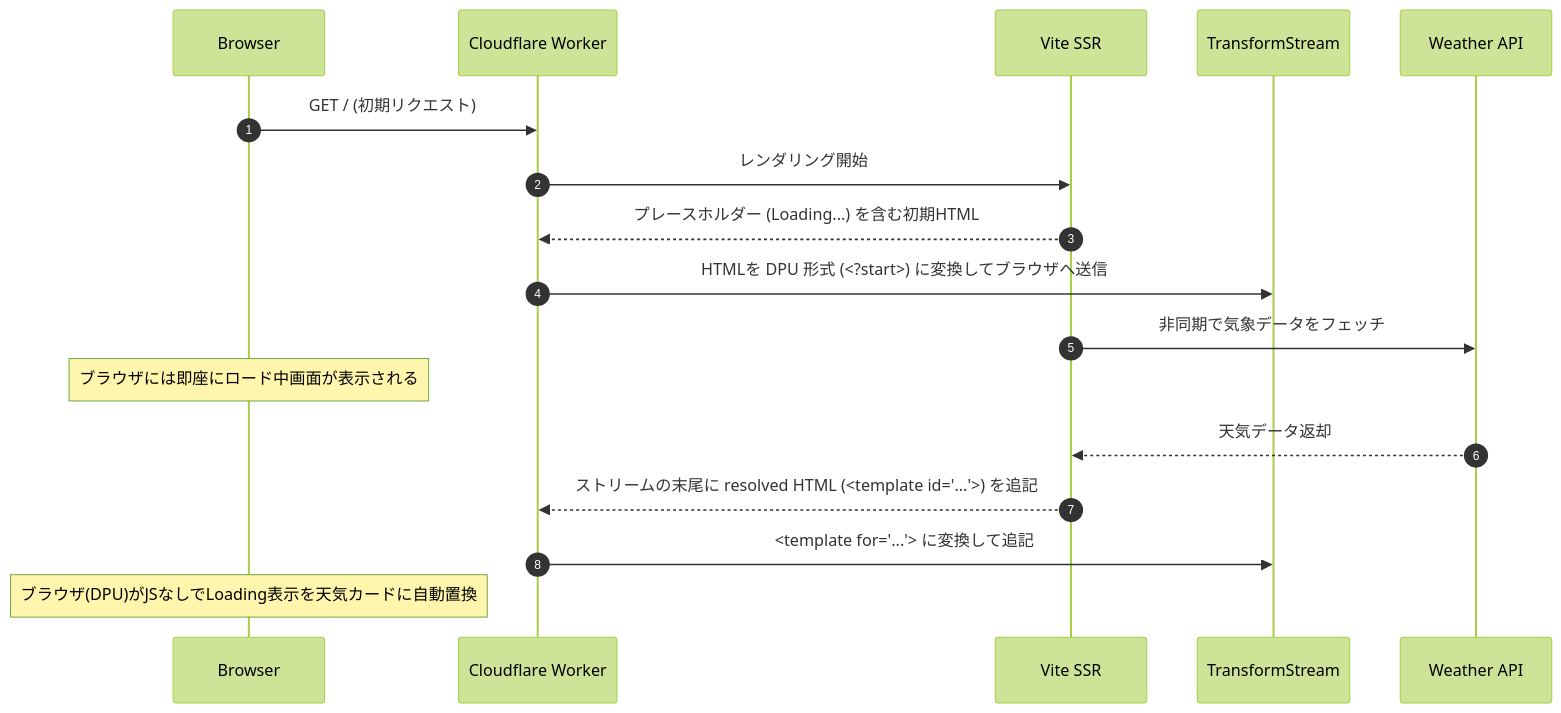
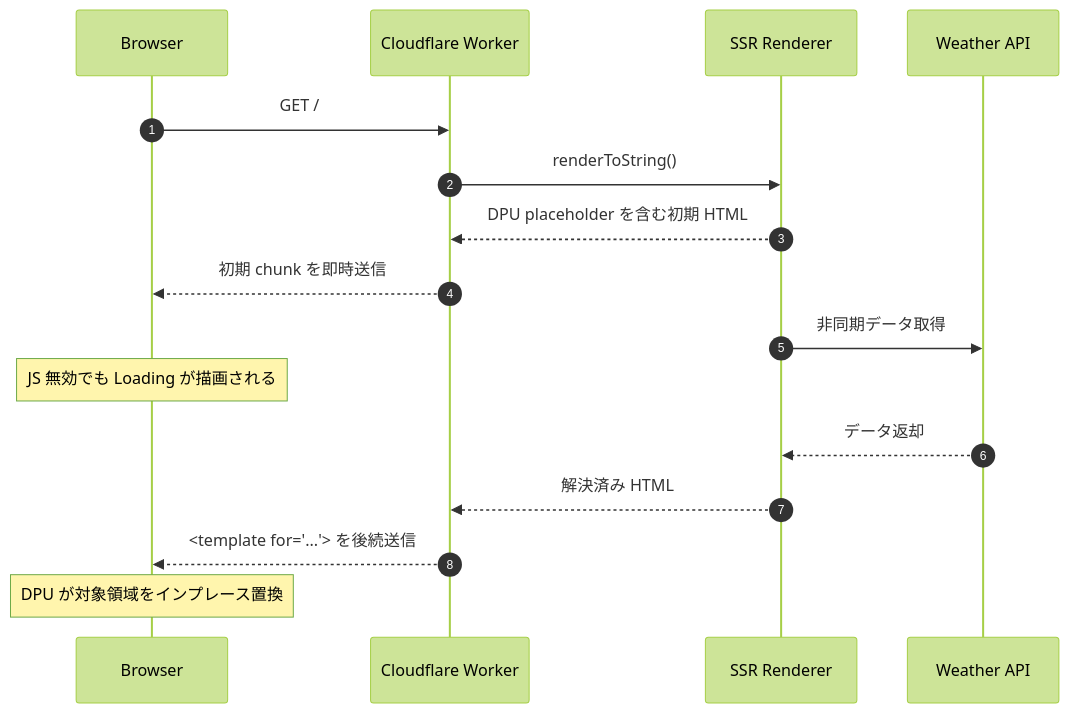
One commit to SoraKumo001/out-of-order-streaming-weather-remix3 changed the diagram in README.md. Above: the diagram before and after it, drawn with Mermaid (forest theme). The commit also changed other lines of this file and 9 other files, not shown here.

Commit message:
feat: implement out-of-order SSR streaming with custom provider and worker-first routing

````diff
--- a/README.md
+++ b/README.md
@@ -12,14 +11,14 @@
 ```mermaid
 sequenceDiagram
     autonumber
-    Browser->>Cloudflare Worker: GET / (初期リクエスト)
-    Cloudflare Worker->>Vite SSR: レンダリング開始
-    Vite SSR-->>Cloudflare Worker: プレースホルダー (Loading...) を含む初期HTML
-    Cloudflare Worker->>TransformStream: HTMLを DPU 形式 (<?start>) に変換してブラウザへ送信
-    Vite SSR->>Weather API: 非同期で気象データをフェッチ
-    Note over Browser: ブラウザには即座にロード中画面が表示される
-    Weather API-->>Vite SSR: 天気データ返却
-    Vite SSR-->>Cloudflare Worker: ストリームの末尾に resolved HTML (<template id="...">) を追記
-    Cloudflare Worker->>TransformStream: <template for="..."> に変換して追記
-    Note over Browser: ブラウザ(DPU)がJSなしでLoading表示を天気カードに自動置換
+    Browser->>Cloudflare Worker: GET /
+    Cloudflare Worker->>SSR Renderer: renderToString()
+    SSR Renderer-->>Cloudflare Worker: DPU placeholder を含む初期 HTML
+    Cloudflare Worker-->>Browser: 初期 chunk を即時送信
+    SSR Renderer->>Weather API: 非同期データ取得
+    Note over Browser: JS 無効でも Loading が描画される
+    Weather API-->>SSR Renderer: データ返却
+    SSR Renderer-->>Cloudflare Worker: 解決済み HTML
+    Cloudflare Worker-->>Browser: <template for="..."> を後続送信
+    Note over Browser: DPU が対象領域をインプレース置換
 ```
````
